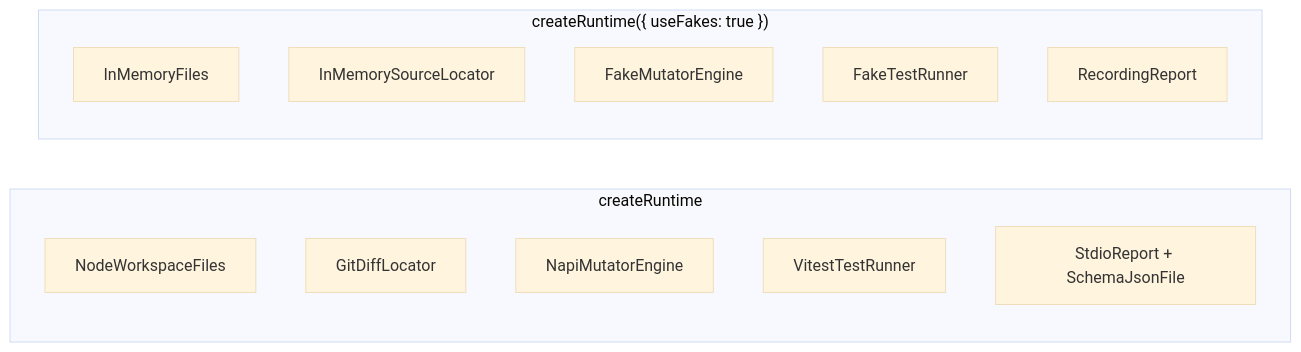
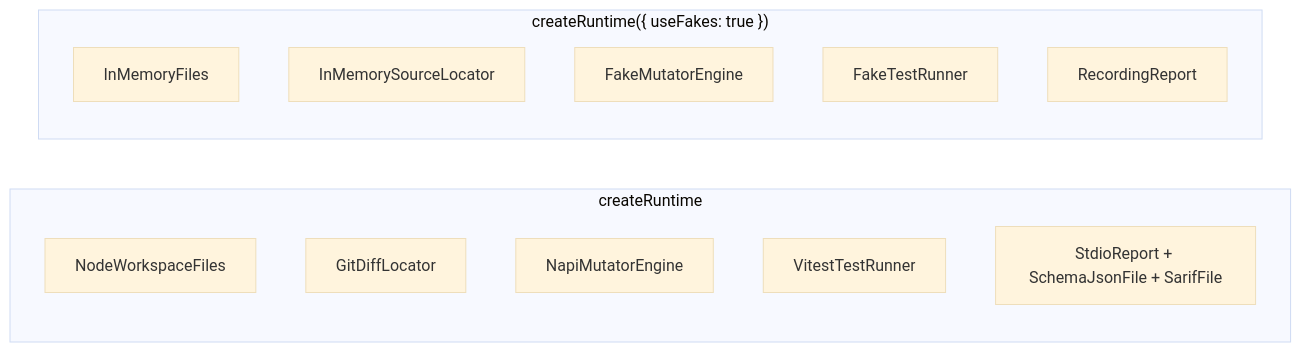
One commit to RexySaragih/puca changed the third of 9 diagrams in ARCHITECTURE.md. Above: the diagram before and after it, drawn with Mermaid (base theme). The commit also changed other lines of this file and 16 other files, not shown here.

````diff
--- a/ARCHITECTURE.md
+++ b/ARCHITECTURE.md
@@ -44,17 +44,17 @@
 ```mermaid
 flowchart LR
   subgraph prod [createRuntime]
     P1[NodeWorkspaceFiles]
     P2[GitDiffLocator]
     P3[NapiMutatorEngine]
     P4[VitestTestRunner]
-    P5[StdioReport + SchemaJsonFile]
+    P5[StdioReport + SchemaJsonFile + SarifFile]
   end
   subgraph fakes ["createRuntime({ useFakes: true })"]
     F1[InMemoryFiles]
     F2[InMemorySourceLocator]
     F3[FakeMutatorEngine]
     F4[FakeTestRunner]
     F5[RecordingReport]
   end
 ```
````
